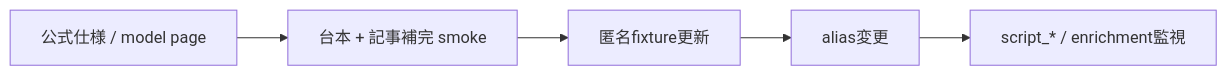
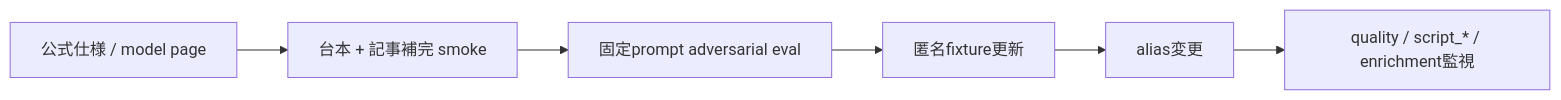
One commit to r4ai/news-podcast changed the diagram in docs/operations/openai-model-migration.md. Above: the diagram before and after it, drawn with Mermaid. The commit also changed other lines of this file and 37 other files, not shown here.

````diff
--- a/docs/operations/openai-model-migration.md
+++ b/docs/operations/openai-model-migration.md
@@ -3,7 +3,8 @@
 ```mermaid
 flowchart LR
   Spec["公式仕様 / model page"] --> Smoke["台本 + 記事補完 smoke"]
-  Smoke --> Fixture["匿名fixture更新"]
+  Smoke --> Eval["固定prompt adversarial eval"]
+  Eval --> Fixture["匿名fixture更新"]
   Fixture --> Deploy["alias変更"]
-  Deploy --> Observe["script_* / enrichment監視"]
+  Deploy --> Observe["quality / script_* / enrichment監視"]
 ```
````
